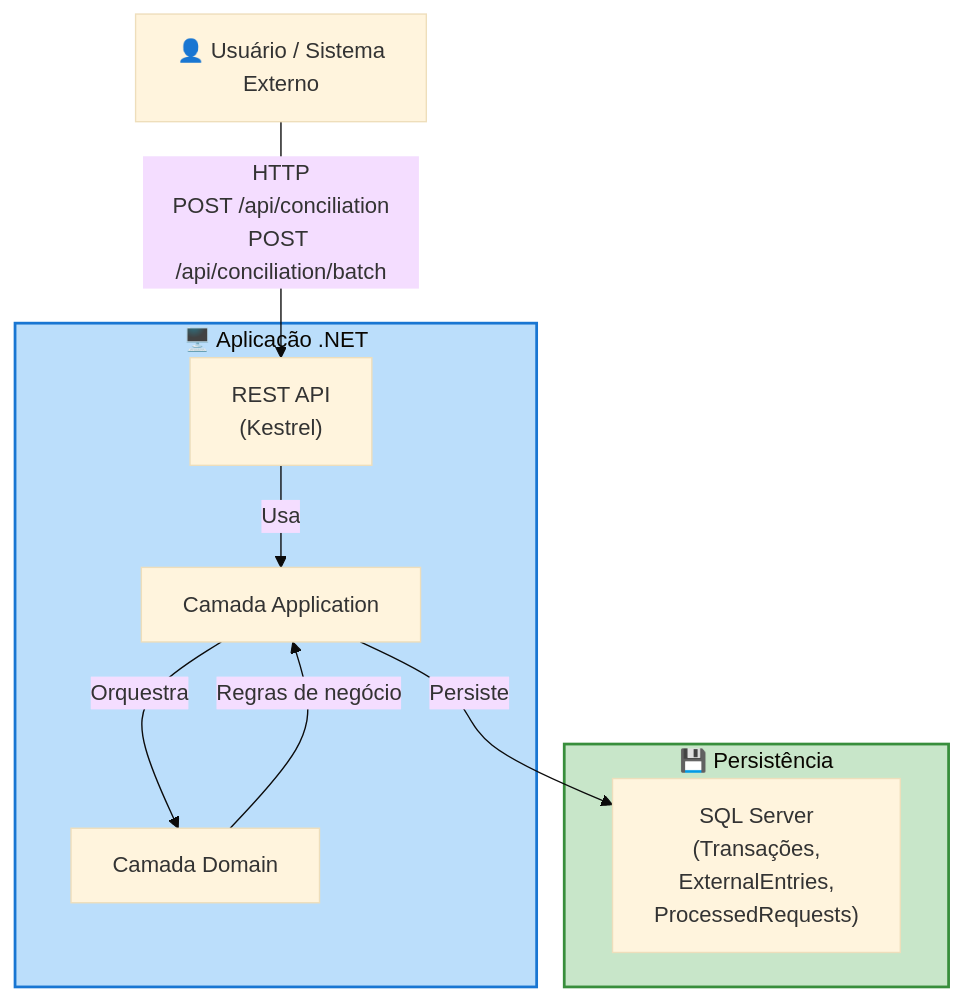
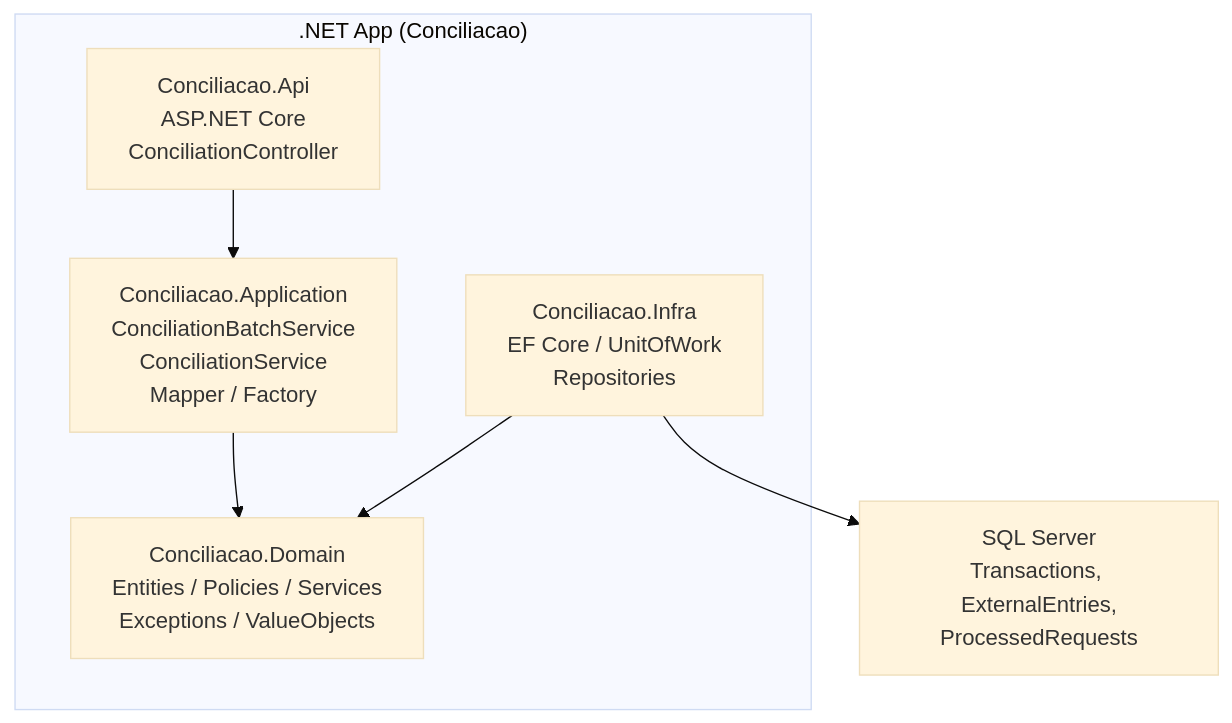
One commit to awernek/Conciliacao changed the third of 12 diagrams in docs/DIAGRAMAS-PROJETO.md. Above: the diagram before and after it, drawn with Mermaid (base theme). The commit also changed other lines of this file and 22 other files, not shown here.

First line of the commit message:
refactor: update reconciliation policies and enhance domain structure

````diff
--- a/docs/DIAGRAMAS-PROJETO.md
+++ b/docs/DIAGRAMAS-PROJETO.md
@@ -84,23 +71,16 @@
 ```mermaid
 graph TB
-    User["👤 Usuário / Sistema<br/>Externo"]
-
-    subgraph App["🖥️ Aplicação .NET"]
-        API["REST API<br/>(Kestrel)"]
-        AppLayer["Camada Application"]
-        DomainLayer["Camada Domain"]
+    subgraph ".NET App (Conciliacao)"
+        API[" Conciliacao.Api<br/>ASP.NET Core<br/>ConciliationController"]
+        APP[" Conciliacao.Application<br/>ConciliationBatchService<br/>ConciliationService<br/>Mapper / Factory"]
+        DOM[" Conciliacao.Domain<br/>Entities / Policies / Services<br/>Exceptions / ValueObjects"]
+        INFRA[" Conciliacao.Infra<br/>EF Core / UnitOfWork<br/>Repositories"]
     end
 
-    subgraph Data["💾 Persistência"]
-        DB["SQL Server<br/>(Transações,<br/>ExternalEntries,<br/>ProcessedRequests)"]
-    end
+    DB[" SQL Server<br/>Transactions, ExternalEntries,<br/>ProcessedRequests"]
 
-    User -->|HTTP<br/>POST /api/conciliation<br/>POST /api/conciliation/batch| API
-    API -->|Usa| AppLayer
-    AppLayer -->|Orquestra| DomainLayer
-    AppLayer -->|Persiste| DB
-    DomainLayer -->|Regras de negócio| AppLayer
-
-    style App fill:#bbdefb,stroke:#1976d2,stroke-width:2px
-    style Data fill:#c8e6c9,stroke:#388e3c,stroke-width:2px
+    API --> APP
+    APP --> DOM
+    INFRA --> DOM
+    INFRA --> DB
 ```
````
